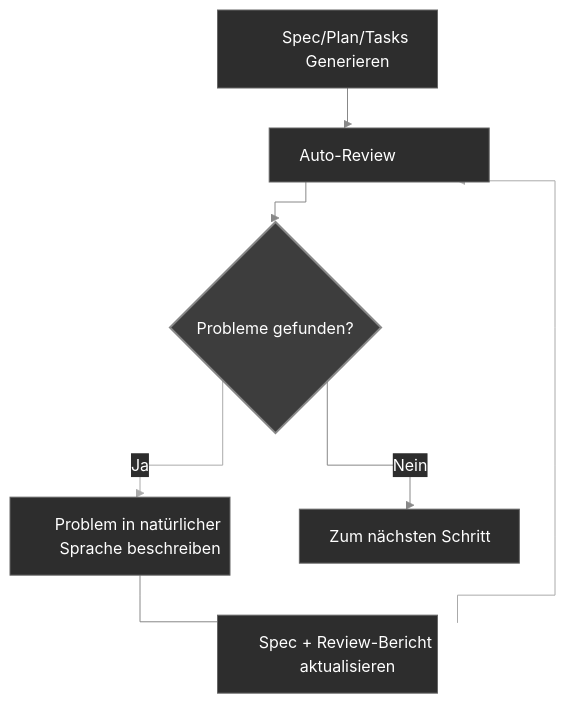
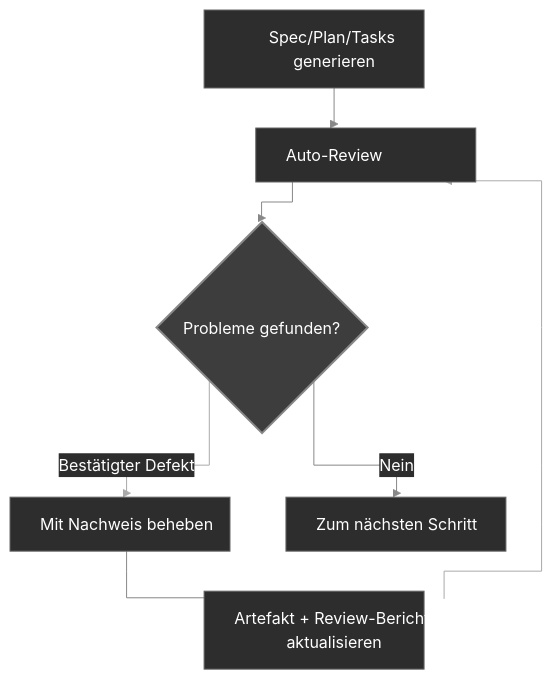
The diagram in README.de.md (Zts0hg/codexspec), drawn with Mermaid before and after one commit. The commit also changed other lines of this file and 6 other files, not shown here.

````diff
--- a/README.de.md
+++ b/README.de.md
@@ -346,31 +348,31 @@
 ```mermaid
 %%{init: {
   'theme': 'base',
   'themeVariables': {
     'lineColor': '#888888',
     'primaryColor': '#2d2d2d',
     'primaryTextColor': '#ffffff',
     'primaryBorderColor': '#666666'
   },
   'flowchart': {
     'curve': 'stepBefore',
     'nodeSpacing': 50,
     'rankSpacing': 40
   }
 }}%%
 flowchart TB
     classDef rectStyle fill:#2d2d2d,stroke:#666,stroke-width:1px,color:#fff,width:220px;
     classDef diamondStyle fill:#3d3d3d,stroke:#888,stroke-width:2px,color:#fff;
 
-    A["Spec/Plan/Tasks Generieren"]:::rectStyle --> B["Auto-Review"]:::rectStyle
+    A["Spec/Plan/Tasks generieren"]:::rectStyle --> B["Auto-Review"]:::rectStyle
     B --> C{"Probleme gefunden?"}:::diamondStyle
 
-    C -->|Ja| D["Problem in natürlicher Sprache beschreiben"]:::rectStyle
-    D --> E["Spec + Review-Bericht aktualisieren"]:::rectStyle
+    C -->|Bestätigter Defekt| D["Mit Nachweis beheben"]:::rectStyle
+    D --> E["Artefakt + Review-Bericht aktualisieren"]:::rectStyle
 
     E --> B
 
     C -->|Nein| F["Zum nächsten Schritt"]:::rectStyle
 
     linkStyle 2,4 stroke:#aaa,stroke-width:1px;
 ```
````
